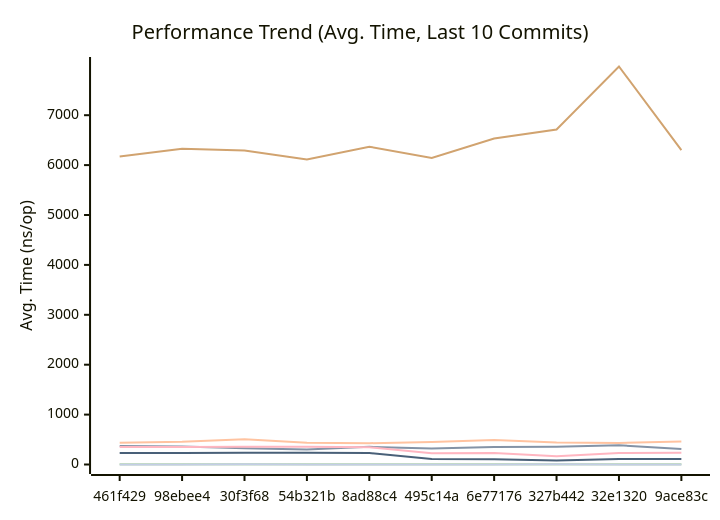
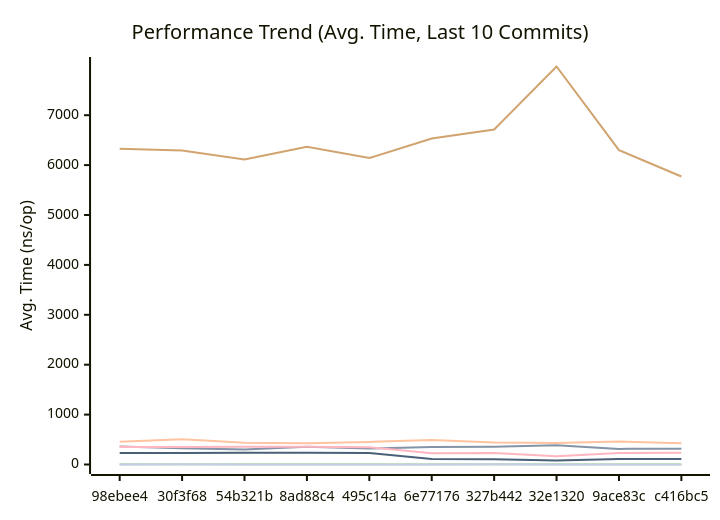
The first of 3 diagrams in docs/PERFORMANCE.md (alsotoes/momo), drawn with Mermaid before and after one commit. The commit also changed other lines of this file and 2 other files, not shown here.

````diff
--- a/docs/PERFORMANCE.md
+++ b/docs/PERFORMANCE.md
@@ -120,16 +120,16 @@
 ```mermaid
 xychart-beta
     title "Performance Trend (Avg. Time, Last 10 Commits)"
     x-axis "Commit"
     y-axis "Avg. Time (ns/op)"
-    x-axis [461f429,98ebee4,30f3f68,54b321b,8ad88c4,495c14a,6e77176,327b442,32e1320,9ace83c]
-    line "CheckMetricsAndSwap" [9,10,8,9,9,8,10,9,8,9]
-    line "CrushOptimized" [371,361,325,299,354,319,351,357,386,313]
-    line "CrushOriginal" [437,457,505,436,427,453,491,441,433,459]
+    x-axis [98ebee4,30f3f68,54b321b,8ad88c4,495c14a,6e77176,327b442,32e1320,9ace83c,c416bc5]
+    line "CheckMetricsAndSwap" [10,8,9,9,8,10,9,8,9,8]
+    line "CrushOptimized" [361,325,299,354,319,351,357,386,313,315]
+    line "CrushOriginal" [457,505,436,427,453,491,441,433,459,426]
     line "IndexDirectTracking" [0,0,0,0,0,0,0,0,0,0]
     line "IndexSearch" [3,3,3,3,3,3,3,3,3,3]
-    line "LoadGlobalConfig" [6171,6327,6294,6114,6368,6141,6534,6713,7976,6301]
-    line "PadString" [2,2,3,2,2,2,2,3,2,2]
+    line "LoadGlobalConfig" [6327,6294,6114,6368,6141,6534,6713,7976,6301,5771]
+    line "PadString" [2,3,2,2,2,2,3,2,2,2]
     line "ParseReplicationOrder_NoPrealloc" [350,349,357,354,345,225,229,165,232,234]
     line "ParseReplicationOrder_Prealloc" [229,231,237,234,229,108,107,80,110,109]
 ```
````
